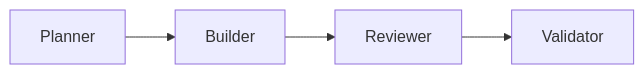
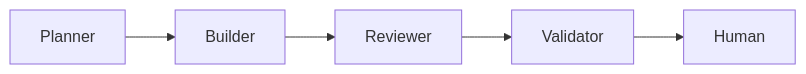
One commit to eckelt/blog changed the diagram in src/content/blog/2026-07-01-Software-Factory-Anatomy.md. Above: the diagram before and after it, drawn with Mermaid. The commit also changed other lines of this file and 3 other files, not shown here.

````diff
--- a/src/content/blog/2026-07-01-Software-Factory-Anatomy.md
+++ b/src/content/blog/2026-07-01-Software-Factory-Anatomy.md
@@ -13,4 +13,4 @@
 ```mermaid
 flowchart LR
-    Planner --> Builder --> Reviewer --> Validator
+    Planner --> Builder --> Reviewer --> Validator --> Human
 ```
````
